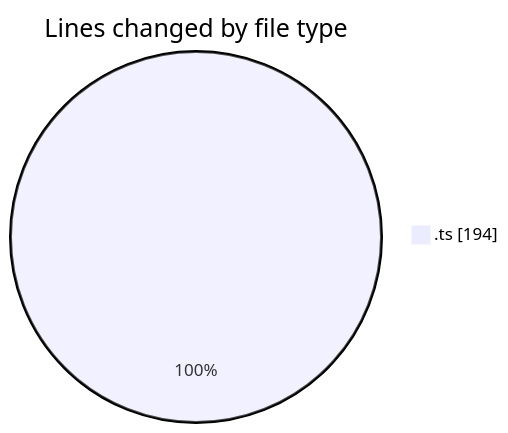
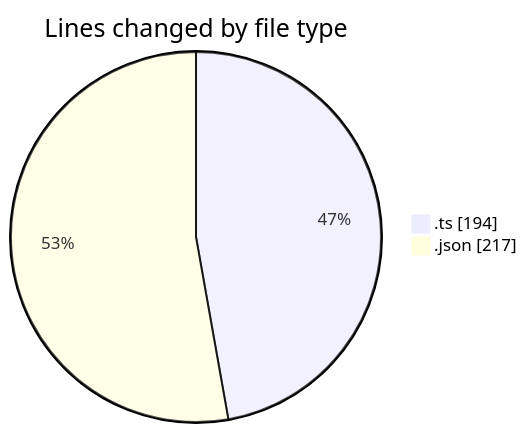
One commit to momahboobian/code-tracking changed the first of 2 diagrams in 2025-10-27/cda/README.md. Above: the diagram before and after it, drawn with Mermaid. The commit also changed other lines of this file and 1 other file, not shown here.

````diff
--- a/2025-10-27/cda/README.md
+++ b/2025-10-27/cda/README.md
@@ -21,5 +22,6 @@
 ```mermaid
 pie showData
 title Lines changed by file type
 ".ts" : 194
+".json" : 217
 ```
````
